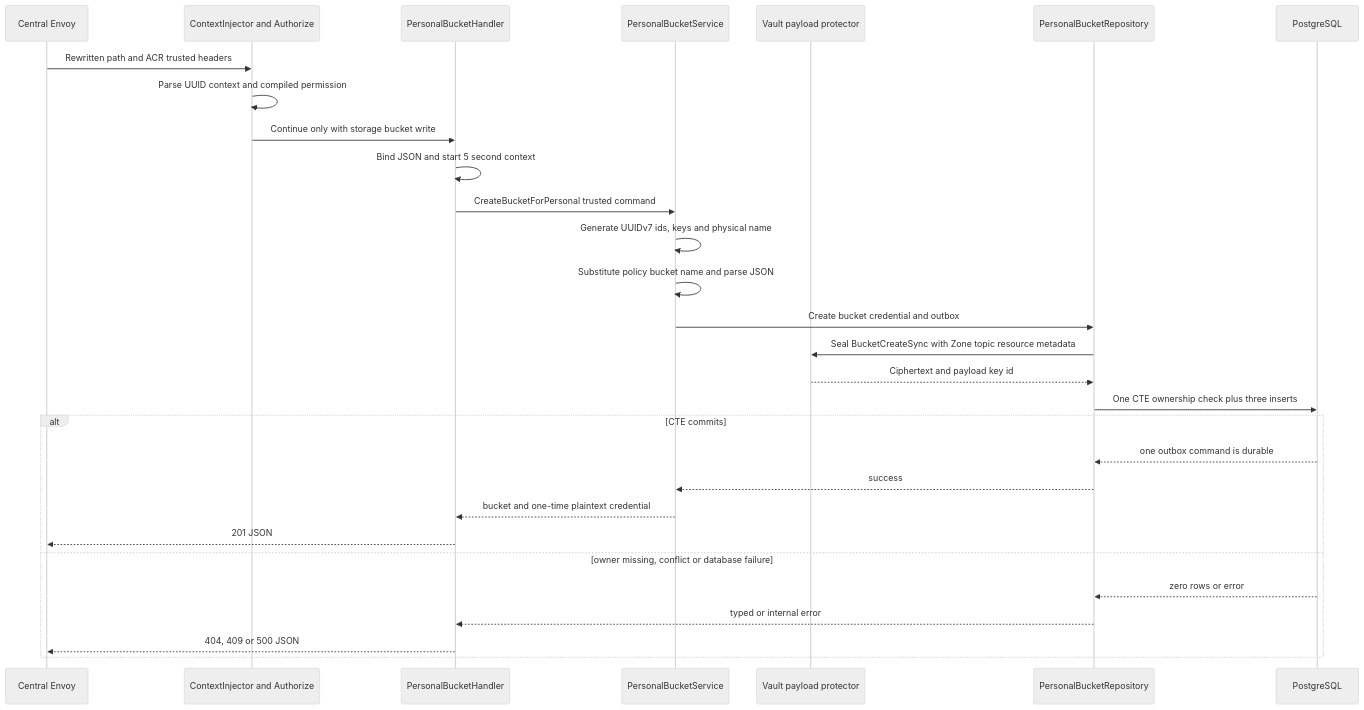
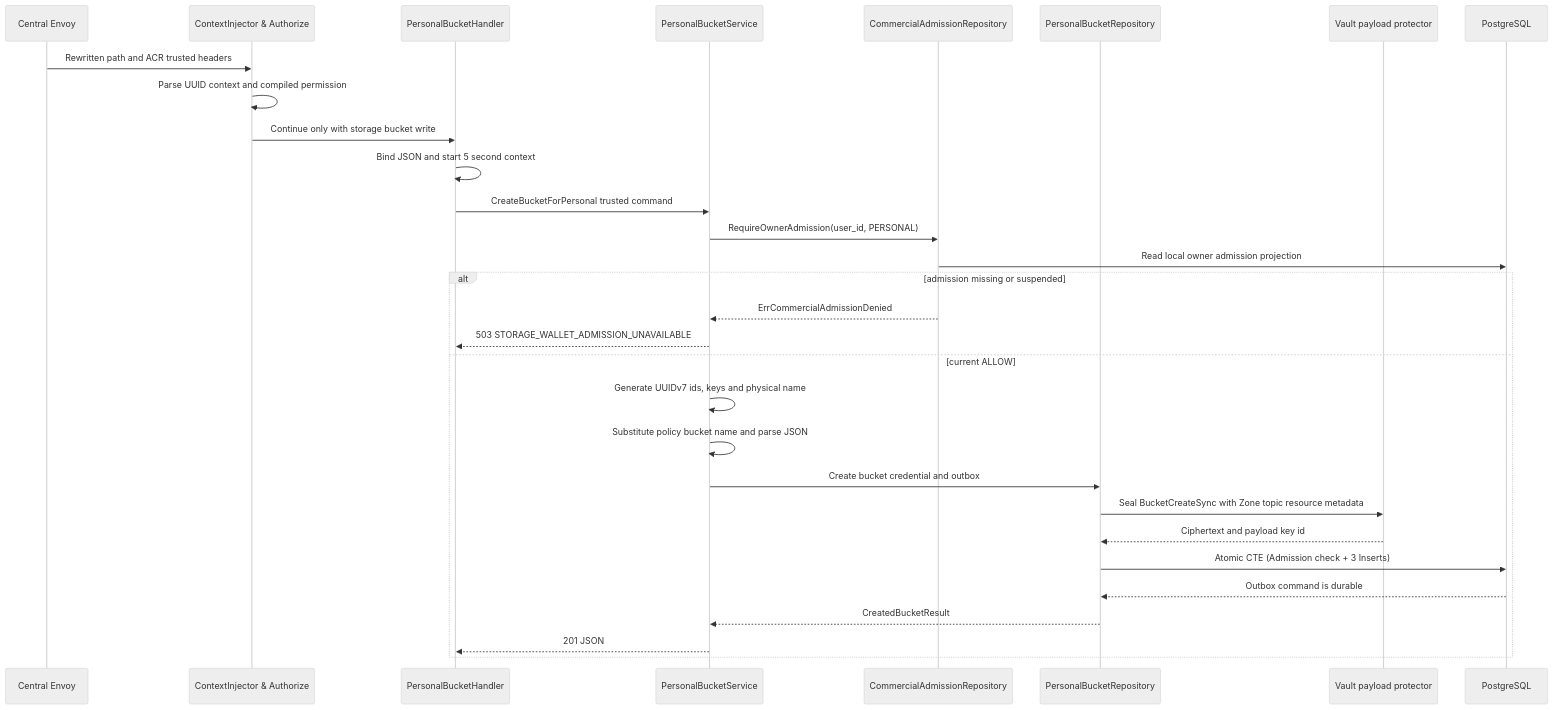
The second of 6 diagrams in god_view/storage/personal_bucket_create_god_view_workflow.md (phucle996/aurora), drawn with Mermaid (neutral theme) before and after one commit. The commit also changed other lines of this file and 43 other files, not shown here.

````diff
--- a/god_view/storage/personal_bucket_create_god_view_workflow.md
+++ b/god_view/storage/personal_bucket_create_god_view_workflow.md
@@ -140,32 +142,33 @@
 ```mermaid
 sequenceDiagram
     participant E as Central Envoy
-    participant M as ContextInjector and Authorize
+    participant M as ContextInjector & Authorize
     participant H as PersonalBucketHandler
     participant S as PersonalBucketService
+    participant W as CommercialAdmissionRepository
+    participant R as PersonalBucketRepository
     participant V as Vault payload protector
-    participant R as PersonalBucketRepository
     participant PG as PostgreSQL
 
     E->>M: Rewritten path and ACR trusted headers
     M->>M: Parse UUID context and compiled permission
     M->>H: Continue only with storage bucket write
     H->>H: Bind JSON and start 5 second context
     H->>S: CreateBucketForPersonal trusted command
-    S->>S: Generate UUIDv7 ids, keys and physical name
-    S->>S: Substitute policy bucket name and parse JSON
-    S->>R: Create bucket credential and outbox
-    R->>V: Seal BucketCreateSync with Zone topic resource metadata
-    V-->>R: Ciphertext and payload key id
-    R->>PG: One CTE ownership check plus three inserts
-    alt CTE commits
-        PG-->>R: one outbox command is durable
-        R-->>S: success
-        S-->>H: bucket and one-time plaintext credential
-        H-->>E: 201 JSON
-    else owner missing, conflict or database failure
-        PG-->>R: zero rows or error
-        R-->>H: typed or internal error
-        H-->>E: 404, 409 or 500 JSON
+    S->>W: RequireOwnerAdmission(user_id, PERSONAL)
+    W->>PG: Read local owner admission projection
+    alt admission missing or suspended
+        W-->>S: ErrCommercialAdmissionDenied
+        S-->>H: 503 STORAGE_WALLET_ADMISSION_UNAVAILABLE
+    else current ALLOW
+        S->>S: Generate UUIDv7 ids, keys and physical name
+        S->>S: Substitute policy bucket name and parse JSON
+        S->>R: Create bucket credential and outbox
+        R->>V: Seal BucketCreateSync with Zone topic resource metadata
+        V-->>R: Ciphertext and payload key id
+        R->>PG: Atomic CTE (Admission check + 3 Inserts)
+        PG-->>R: Outbox command is durable
+        R-->>S: CreatedBucketResult
+        S-->>H: 201 JSON
     end
 ```
````
